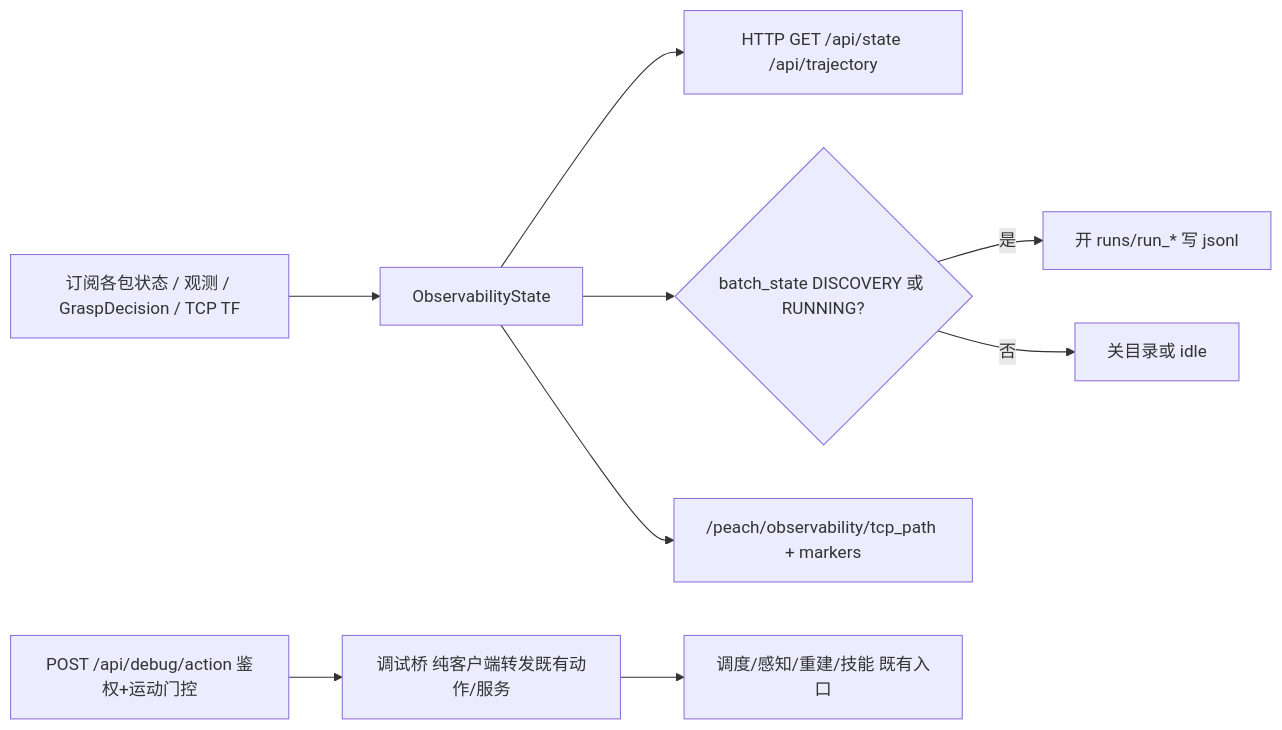
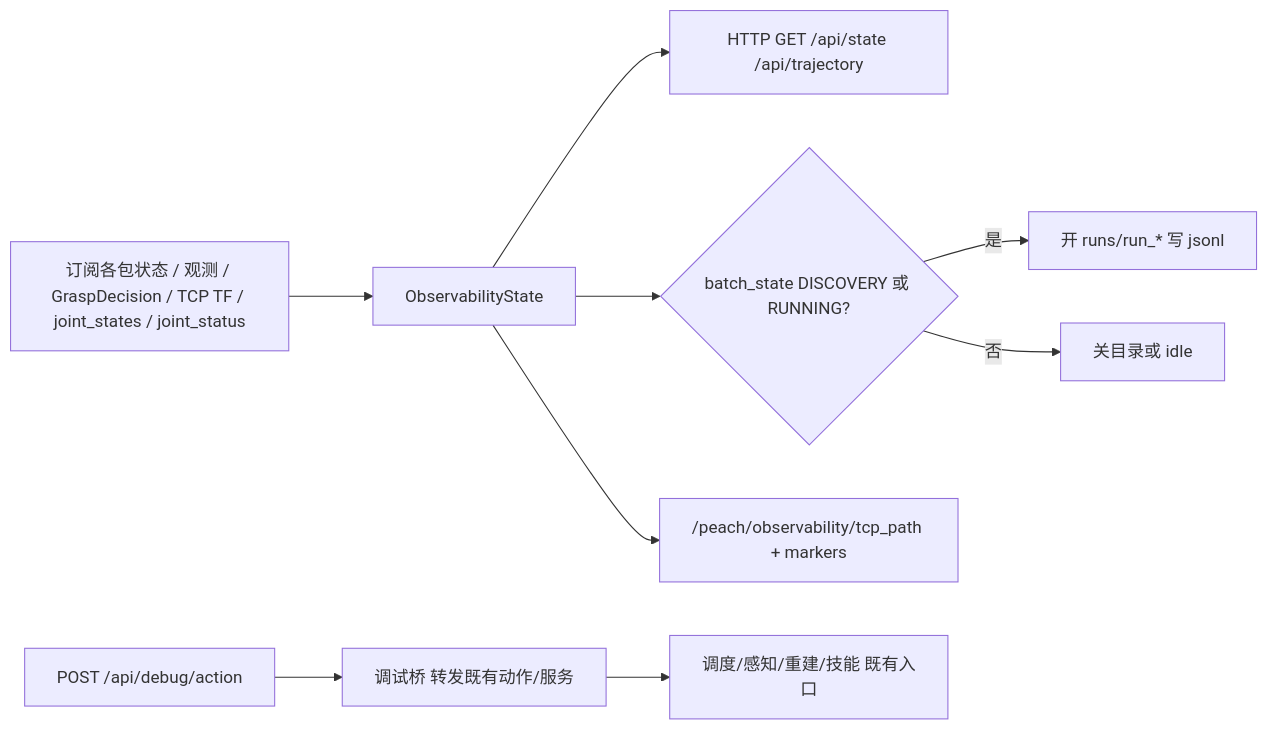
The ninth of 12 diagrams in docs/io.md (MUHAN11-c/aubo_boot), drawn with Mermaid before and after one commit. The commit also changed other lines of this file and 123 other files, not shown here.

````diff
--- a/docs/io.md
+++ b/docs/io.md
@@ -482,11 +483,11 @@
 ```mermaid
 flowchart LR
-  sub["订阅各包状态 / 观测 / GraspDecision / TCP TF"] --> st["ObservabilityState"]
+  sub["订阅各包状态 / 观测 / GraspDecision / TCP TF / joint_states / joint_status"] --> st["ObservabilityState"]
   st --> http["HTTP GET /api/state /api/trajectory"]
   st --> rec{"batch_state DISCOVERY 或 RUNNING?"}
   rec -->|是| jsonl["开 runs/run_* 写 jsonl"]
   rec -->|否| idle["关目录或 idle"]
   st --> viz["/peach/observability/tcp_path + markers"]
-  dbg["POST /api/debug/action 鉴权+运动门控"] --> bridge["调试桥 纯客户端转发既有动作/服务"]
+  dbg["POST /api/debug/action"] --> bridge["调试桥 转发既有动作/服务"]
   bridge --> targets["调度/感知/重建/技能 既有入口"]
 ```
````
